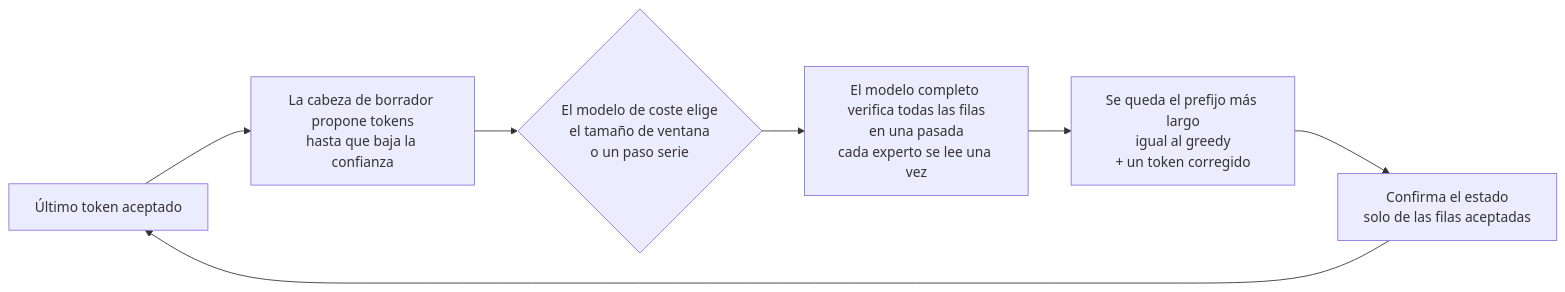
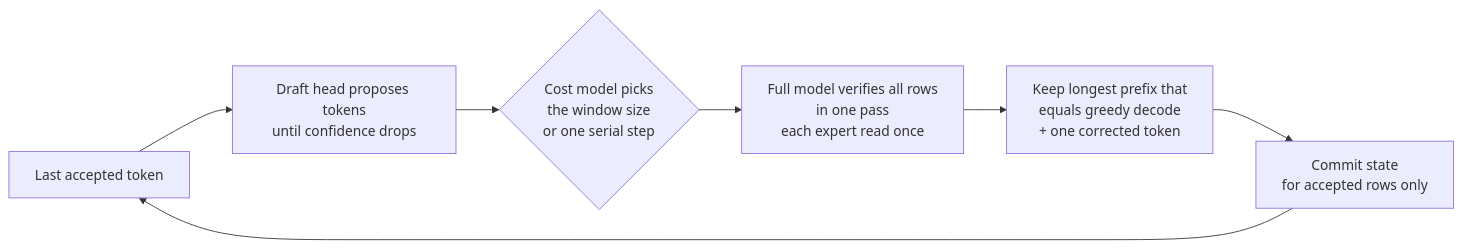
The first of 2 diagrams in README.es.md (hyukudan/strix-halo-engine-lab), drawn with Mermaid before and after one commit. The commit also changed other lines of this file and 1 other file, not shown here.

````diff
--- a/README.es.md
+++ b/README.es.md
@@ -586,9 +943,9 @@
 ```mermaid
 flowchart LR
-    A["Último token aceptado"] --> B["La cabeza de borrador propone tokens<br/>hasta que baja la confianza"]
-    B --> C{"El modelo de coste elige<br/>el tamaño de ventana<br/>o un paso serie"}
-    C --> D["El modelo completo verifica todas las filas<br/>en una pasada<br/>cada experto se lee una vez"]
-    D --> E["Se queda el prefijo más largo<br/>igual al greedy<br/>+ un token corregido"]
-    E --> F["Confirma el estado<br/>solo de las filas aceptadas"]
+    A["Last accepted token"] --> B["Draft head proposes tokens<br/>until confidence drops"]
+    B --> C{"Cost model picks<br/>the window size<br/>or one serial step"}
+    C --> D["Full model verifies all rows<br/>in one pass<br/>each expert read once"]
+    D --> E["Keep longest prefix that<br/>equals greedy decode<br/>+ one corrected token"]
+    E --> F["Commit state<br/>for accepted rows only"]
     F --> A
 ```
````
